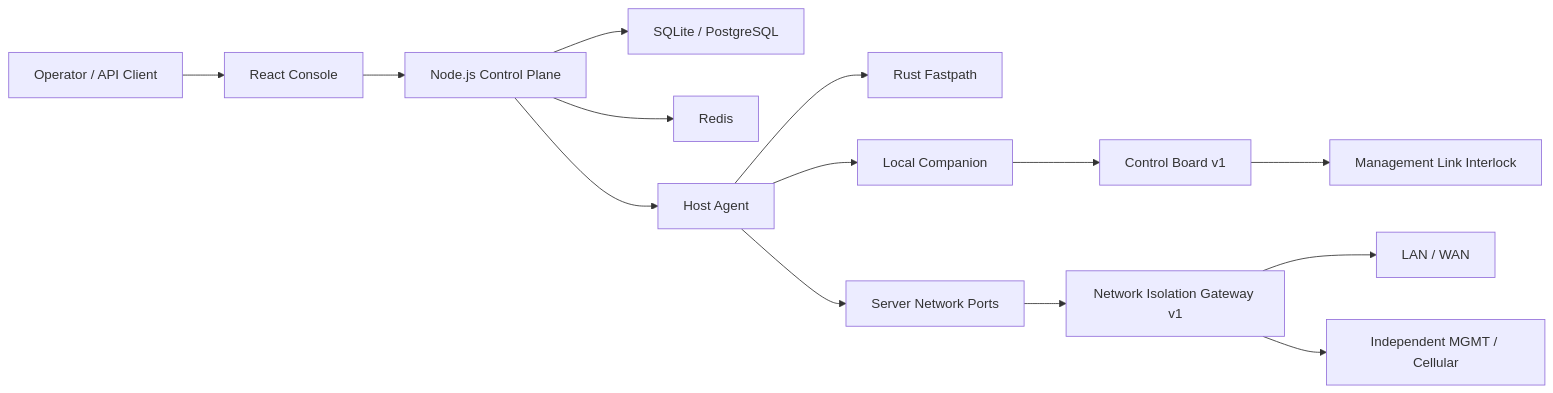
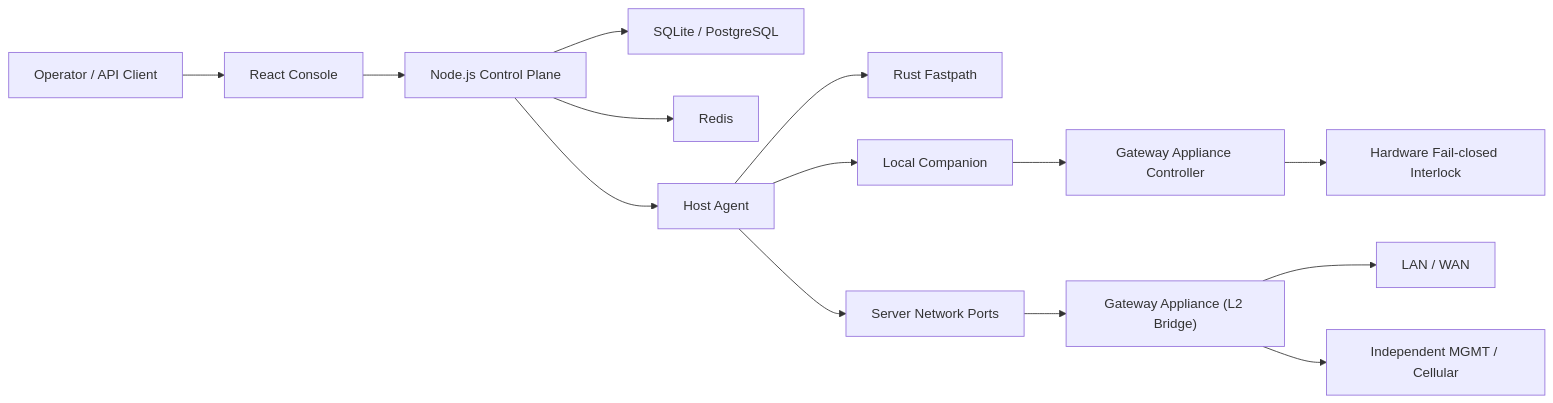
Before and after one commit to lizuyi-6/Networksafe: the diagram in README.md, drawn with Mermaid. The commit also changed other lines of this file and 32 other files, not shown here.

````diff
--- a/README.md
+++ b/README.md
@@ -52,16 +52,16 @@
 ```mermaid
 flowchart LR
     User["Operator / API Client"] --> Frontend["React Console"]
     Frontend --> Backend["Node.js Control Plane"]
     Backend --> DB["SQLite / PostgreSQL"]
     Backend --> Redis["Redis"]
     Backend --> Agent["Host Agent"]
     Agent --> Fastpath["Rust Fastpath"]
     Agent --> Companion["Local Companion"]
-    Companion --> Board["Control Board v1"]
-    Board --> Interlock["Management Link Interlock"]
+    Companion --> Board["Gateway Appliance Controller"]
+    Board --> Interlock["Hardware Fail-closed Interlock"]
     Agent --> ServerNIC["Server Network Ports"]
-    ServerNIC --> NIGW["Network Isolation Gateway v1"]
+    ServerNIC --> NIGW["Gateway Appliance (L2 Bridge)"]
     NIGW --> Network["LAN / WAN"]
     NIGW --> Mgmt["Independent MGMT / Cellular"]
 ```
````
